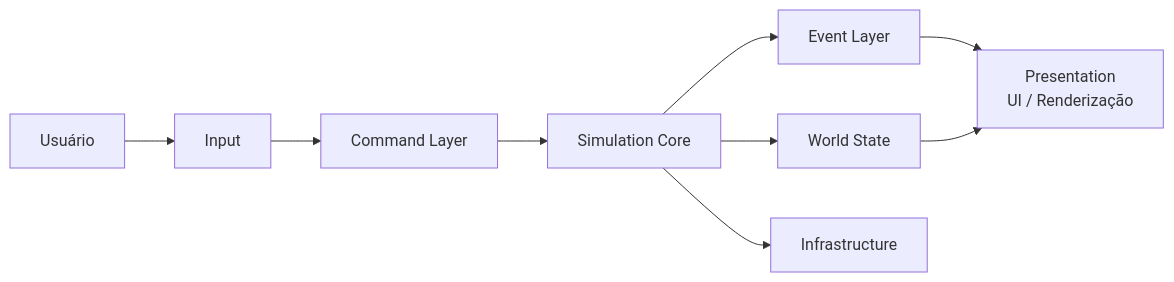
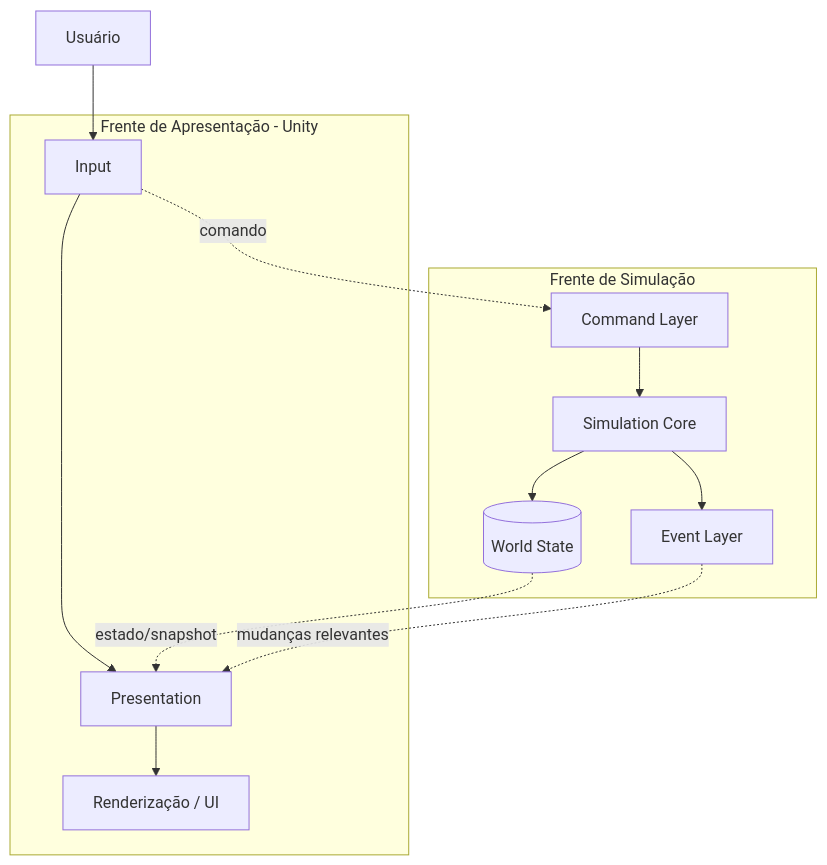
One commit to vilainricardo/AVA_C11 changed the second of 4 diagrams in docs/diagrams/architecture.md. Above: the diagram before and after it, drawn with Mermaid. The commit also changed other lines of this file, not shown here.

Commit message:
docs: corrigir fluxo entre simulação e apresentação

````diff
--- a/docs/diagrams/architecture.md
+++ b/docs/diagrams/architecture.md
@@ -19,20 +21,27 @@
 ```mermaid
-flowchart LR
+flowchart TB
     U[Usuário]
-    I[Input]
-    P[Presentation\nUI / Renderização]
-    C[Command Layer]
-    S[Simulation Core]
-    W[World State]
-    E[Event Layer]
-    INF[Infrastructure]
+
+    subgraph SIM[Frente de Simulação]
+        C[Command Layer]
+        S[Simulation Core]
+        W[(World State)]
+        E[Event Layer]
+        C --> S
+        S --> W
+        S --> E
+    end
+
+    subgraph UNITY[Frente de Apresentação - Unity]
+        I[Input]
+        P[Presentation]
+        R[Renderização / UI]
+        I --> P
+        P --> R
+    end
 
     U --> I
-    I --> C
-    C --> S
-    S --> W
-    S --> E
-    E --> P
-    W --> P
-    S --> INF
+    I -. comando .-> C
+    W -. estado/snapshot .-> P
+    E -. mudanças relevantes .-> P
 ```
````
